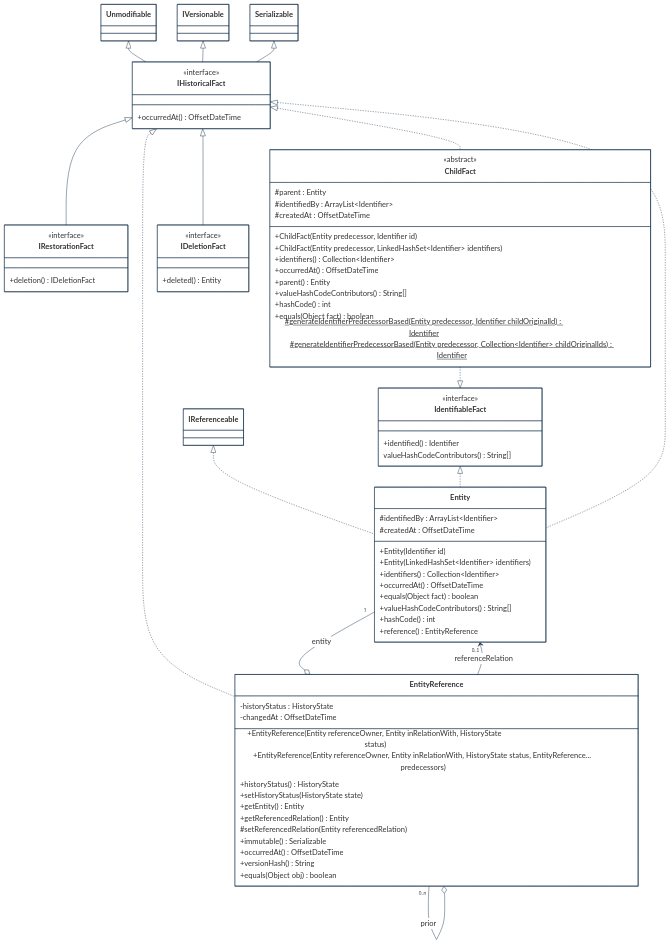
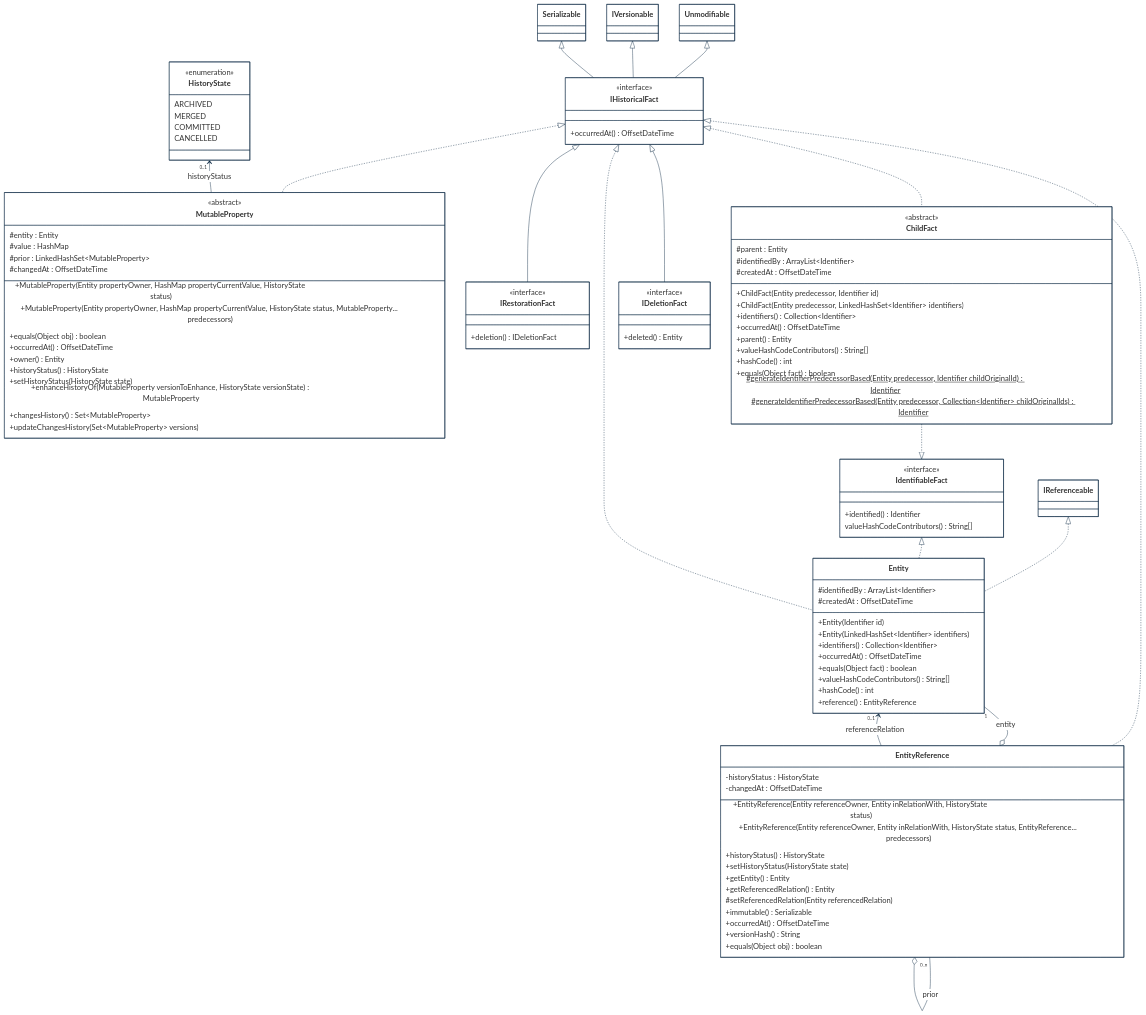
Before and after one commit to cybnity/foundation: the first of 7 diagrams in implementations-line/framework/immutable/designview-packages.md, drawn with Mermaid.

```diff
--- a/implementations-line/framework/immutable/designview-packages.md
+++ b/implementations-line/framework/immutable/designview-packages.md
@@ -69,6 +70,7 @@
     Unmodifiable <|-- IHistoricalFact
     IVersionable <|-- IHistoricalFact
     Serializable <|-- IHistoricalFact
+    IHistoricalFact <|.. MutableProperty
     IHistoricalFact <|-- IRestorationFact
     IReferenceable <|.. Entity
     ChildFact ..|> IdentifiableFact
@@ -80,7 +82,32 @@
     Entity "1" --o EntityReference : entity
     Entity "0..1" <-- EntityReference : referenceRelation
     IHistoricalFact <|-- IDeletionFact
+    HistoryState "0..1" <-- MutableProperty : historyStatus
 
+    class HistoryState {
+        <<enumeration>>
+        ARCHIVED
+        MERGED
+        COMMITTED
+        CANCELLED
+    }
+    class MutableProperty {
+        <<abstract>>
+        #entity : Entity
+        #value : HashMap
+        #prior : LinkedHashSet~MutableProperty~
+        #changedAt : OffsetDateTime
+        +MutableProperty(Entity propertyOwner, HashMap propertyCurrentValue, HistoryState status)
+        +MutableProperty(Entity propertyOwner, HashMap propertyCurrentValue, HistoryState status, MutableProperty... predecessors)
+        +equals(Object obj) boolean
+        +occurredAt() OffsetDateTime
+        +owner() Entity
+        +historyStatus() HistoryState
+        +setHistoryStatus(HistoryState state)
+        +enhanceHistoryOf(MutableProperty versionToEnhance, HistoryState versionState) MutableProperty
+        +changesHistory() Set~MutableProperty~
+        +updateChangesHistory(Set~MutableProperty~ versions)
+    }
     class IHistoricalFact {
         <<interface>>
         +occurredAt() OffsetDateTime
```
